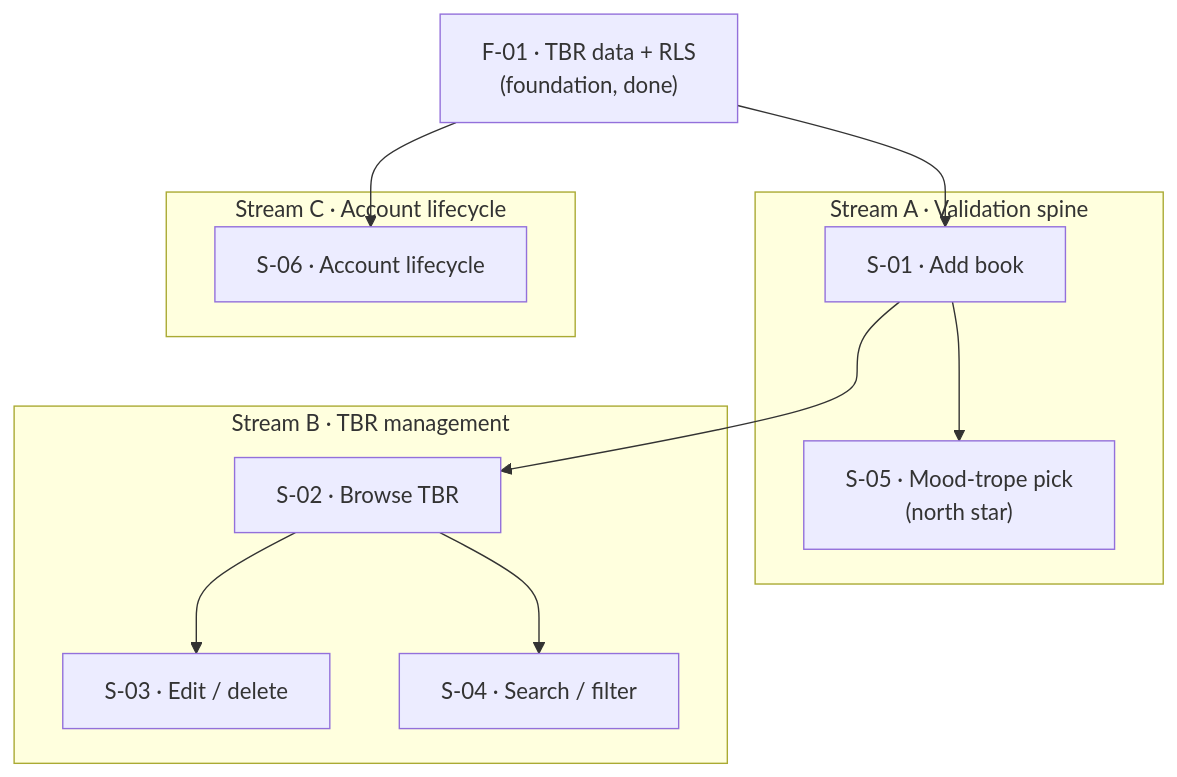
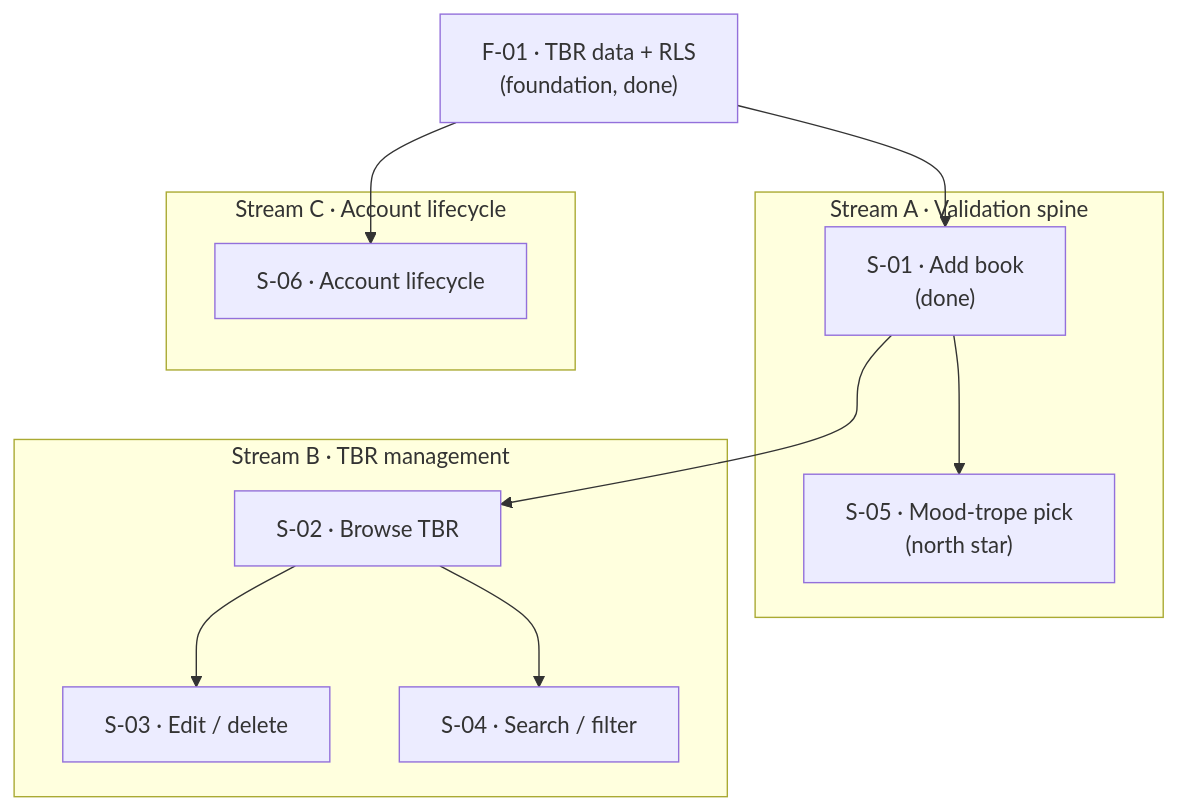
One commit to passiflora-nr/smart-tbr changed the diagram in context/foundation/roadmap.md. Above: the diagram before and after it, drawn with Mermaid. The commit also changed other lines of this file and 4 other files, not shown here.

````diff
--- a/context/foundation/roadmap.md
+++ b/context/foundation/roadmap.md
@@ -56,26 +56,26 @@
 ```mermaid
 flowchart TB
   F01["F-01 · TBR data + RLS<br/>(foundation, done)"]
 
   subgraph A["Stream A · Validation spine"]
-    S01["S-01 · Add book"]
+    S01["S-01 · Add book<br/>(done)"]
     S05["S-05 · Mood-trope pick<br/>(north star)"]
   end
 
   subgraph B["Stream B · TBR management"]
     S02["S-02 · Browse TBR"]
     S03["S-03 · Edit / delete"]
     S04["S-04 · Search / filter"]
   end
 
   subgraph C["Stream C · Account lifecycle"]
     S06["S-06 · Account lifecycle"]
   end
 
   F01 --> S01
   F01 --> S06
   S01 --> S05
   S01 --> S02
   S02 --> S03
   S02 --> S04
 ```
````
